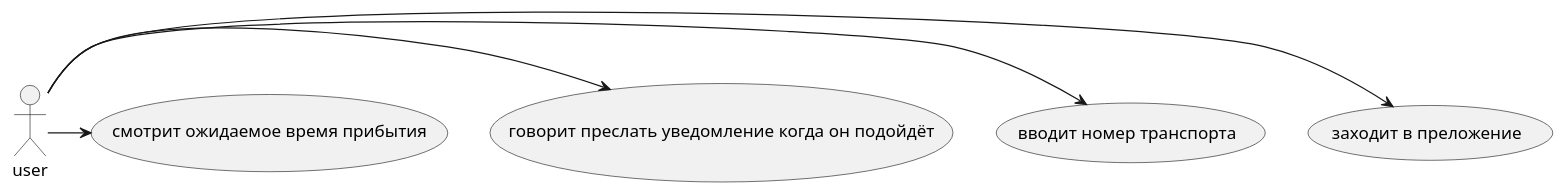
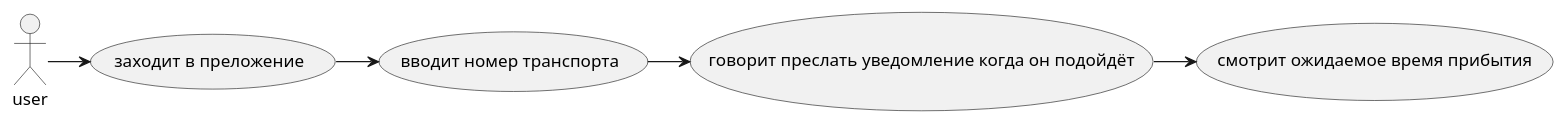
One commit to danila975/pi.danilalapshin changed the diagram in реализация прототипа системы детализации информации о динамически перемещающихся объектах для людей с нарушением зрения/диаграммы/пользовательский сценарий.wsd. Above: the diagram before and after it, drawn with PlantUML. The commit also changed 1 other file, not shown here.

Commit message:
поправил диаграмму сценариев

```diff
--- a/реализация прототипа системы детализации информации о динамически перемещающихся объектах для людей с нарушением зрения/диаграммы/пользовательский сценарий.wsd
+++ b/реализация прототипа системы детализации информации о динамически перемещающихся объектах для людей с нарушением зрения/диаграммы/пользовательский сценарий.wsd
@@ -1,13 +1,13 @@
 @startuml
 
 actor user
 (заходит в преложение) as (ac1)
 (вводит номер транспорта) as (ac2)
 (говорит преслать уведомление когда он подойдёт) as (ac3)
 (смотрит ожидаемое время прибытия) as (ac4)
 user -> ac1
-user -> ac2
-user -> ac3
-user -> ac4
+ac1 -> ac2
+ac2 -> ac3
+ac3 -> ac4
 
 @enduml
```
